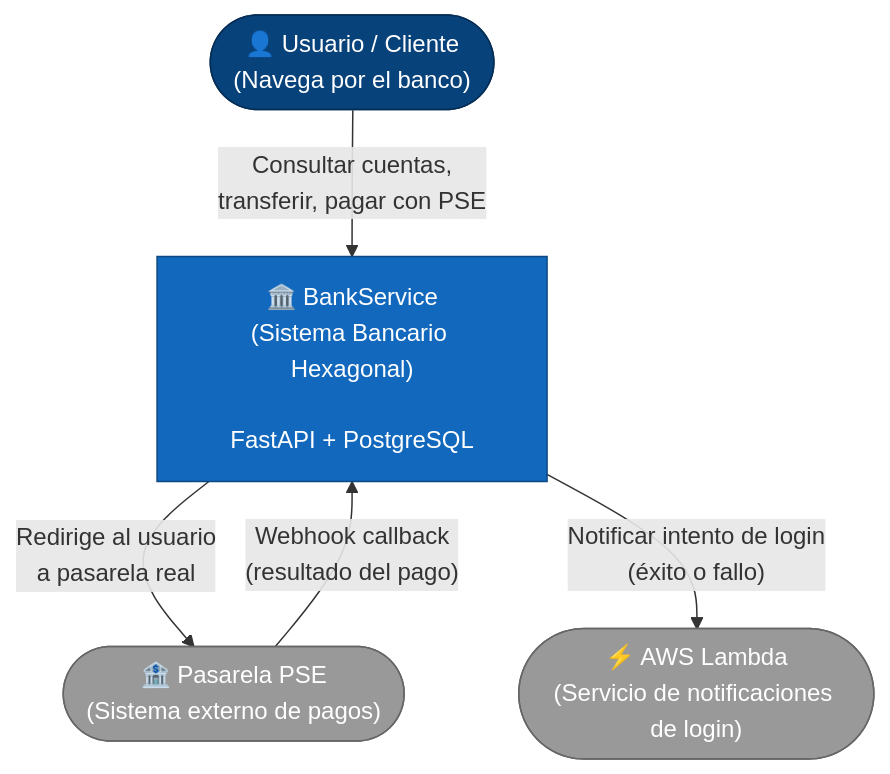
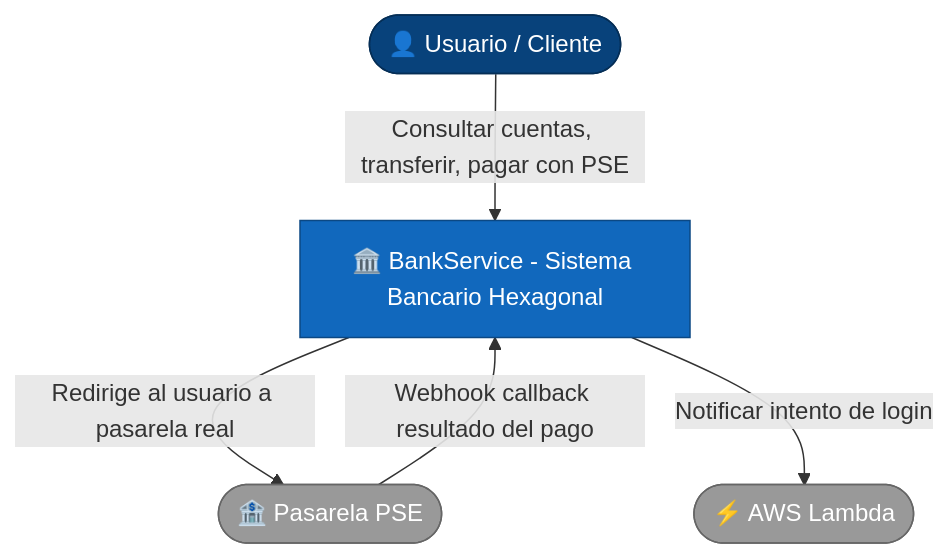
Before and after one commit to Juancasta14/BankService: the second of 5 diagrams in ARQUITECTURA.md, drawn with Mermaid. The commit also changed other lines of this file, not shown here.

Commit message:
fix: remove literal \\n from Mermaid labels and split overlapping hexagonal nodes

````diff
--- a/ARQUITECTURA.md
+++ b/ARQUITECTURA.md
@@ -105,17 +105,17 @@
 ```mermaid
 graph TD
     classDef person fill:#08427b,color:#fff,stroke:#052e56
     classDef system fill:#1168bd,color:#fff,stroke:#0b4884
     classDef external fill:#999,color:#fff,stroke:#666
 
-    User(["👤 Usuario / Cliente\n(Navega por el banco)"]):::person
-    PSE(["🏦 Pasarela PSE\n(Sistema externo de pagos)"]):::external
-    Lambda(["⚡ AWS Lambda\n(Servicio de notificaciones de login)"]):::external
+    User(["👤 Usuario / Cliente"]):::person
+    PSE(["🏦 Pasarela PSE"]):::external
+    Lambda(["⚡ AWS Lambda"]):::external
 
-    BankSystem["🏛️ BankService\n(Sistema Bancario Hexagonal)\n\nFastAPI + PostgreSQL"]:::system
+    BankSystem["🏛️ BankService - Sistema Bancario Hexagonal"]:::system
 
-    User -->|"Consultar cuentas,\ntransferir, pagar con PSE"| BankSystem
-    BankSystem -->|"Redirige al usuario\na pasarela real"| PSE
-    PSE -->|"Webhook callback\n(resultado del pago)"| BankSystem
-    BankSystem -->|"Notificar intento de login\n(éxito o fallo)"| Lambda
+    User -->|"Consultar cuentas, transferir, pagar con PSE"| BankSystem
+    BankSystem -->|"Redirige al usuario a pasarela real"| PSE
+    PSE -->|"Webhook callback resultado del pago"| BankSystem
+    BankSystem -->|"Notificar intento de login"| Lambda
 ```
````
